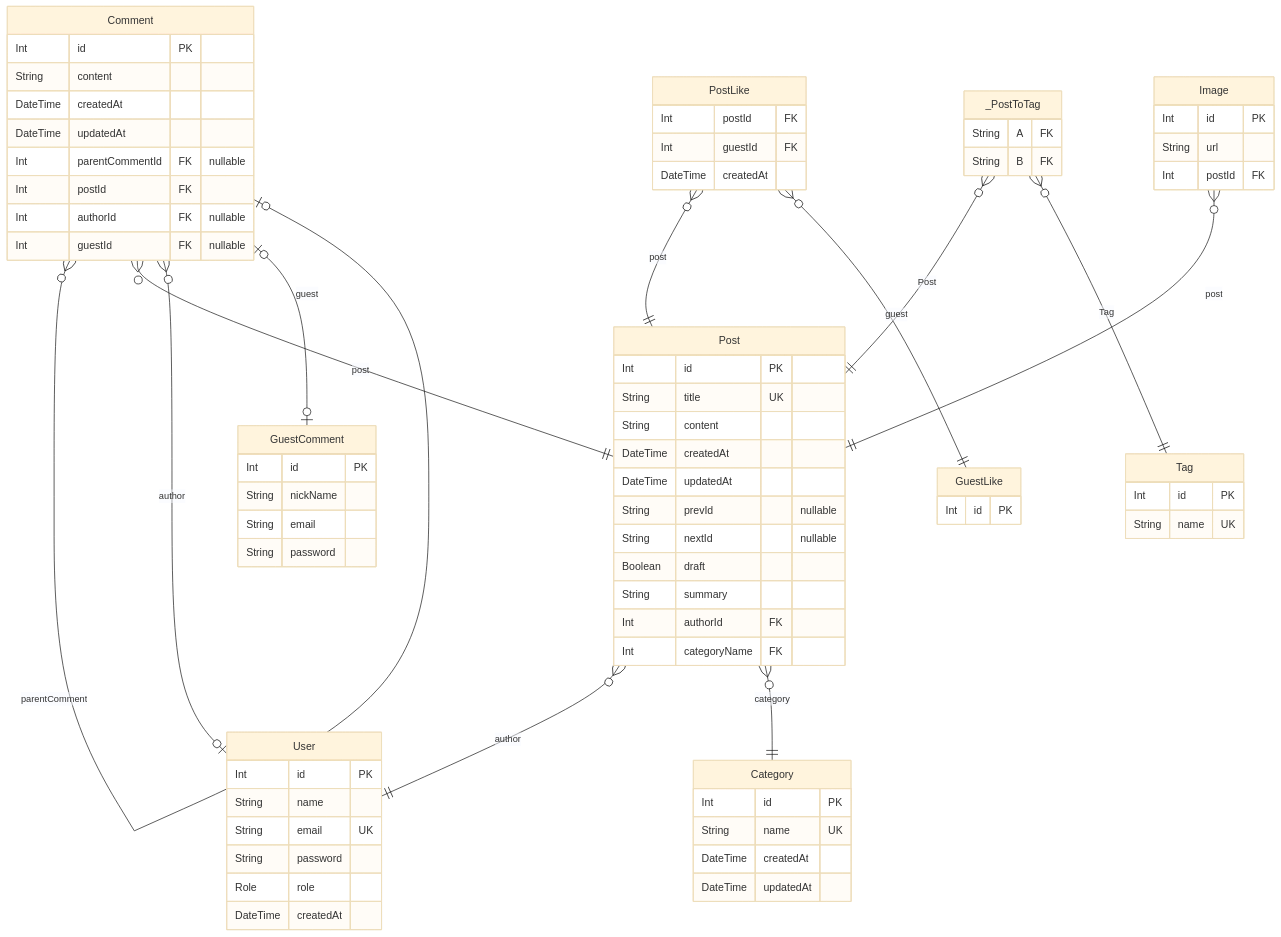
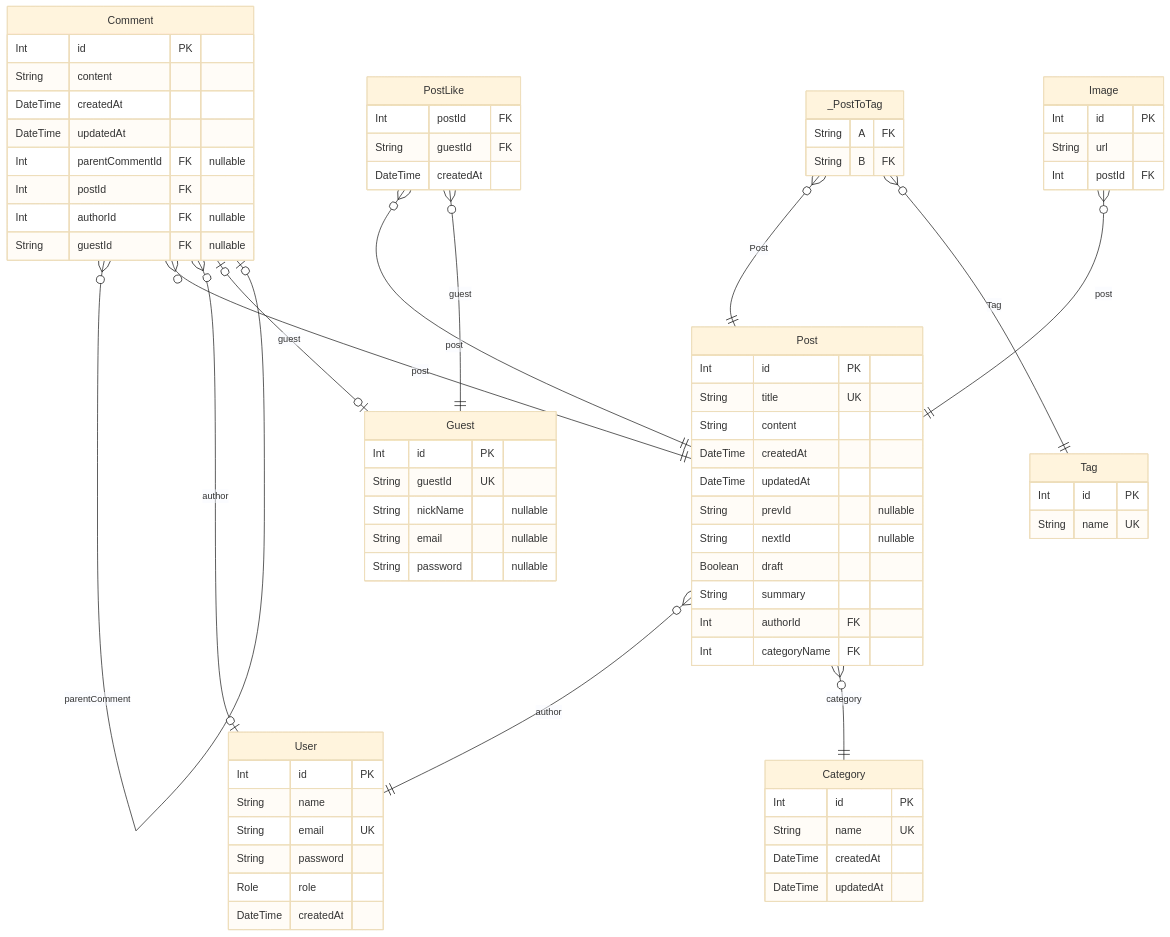
One commit to JongDeug/blog-backend changed the diagram in prisma/schema/ERD.md. Above: the diagram before and after it, drawn with Mermaid (base theme). The commit also changed other lines of this file and 10 other files, not shown here.

````diff
--- a/prisma/schema/ERD.md
+++ b/prisma/schema/ERD.md
@@ -7,78 +7,76 @@
 ```mermaid
 erDiagram
-"GuestComment" {
+"Guest" {
   Int id PK
-  String nickName
-  String email
-  String password
-}
-"GuestLike" {
-  Int id PK
+  String guestId UK
+  String nickName "nullable"
+  String email "nullable"
+  String password "nullable"
 }
 "Category" {
   Int id PK
   String name UK
   DateTime createdAt
   DateTime updatedAt
 }
 "Comment" {
   Int id PK
   String content
   DateTime createdAt
   DateTime updatedAt
   Int parentCommentId FK "nullable"
   Int postId FK
   Int authorId FK "nullable"
-  Int guestId FK "nullable"
+  String guestId FK "nullable"
 }
 "Image" {
   Int id PK
   String url
   Int postId FK
 }
 "PostLike" {
   Int postId FK
-  Int guestId FK
+  String guestId FK
   DateTime createdAt
 }
 "Post" {
   Int id PK
   String title UK
   String content
   DateTime createdAt
   DateTime updatedAt
   String prevId "nullable"
   String nextId "nullable"
   Boolean draft
   String summary
   Int authorId FK
   Int categoryName FK
 }
 "Tag" {
   Int id PK
   String name UK
 }
 "User" {
   Int id PK
   String name
   String email UK
   String password
   Role role
   DateTime createdAt
 }
 "_PostToTag" {
   String A FK
   String B FK
 }
 "Comment" }o--o| "Comment" : parentComment
 "Comment" }o--|| "Post" : post
 "Comment" }o--o| "User" : author
-"Comment" |o--o| "GuestComment" : guest
+"Comment" |o--o| "Guest" : guest
 "Image" }o--|| "Post" : post
 "PostLike" }o--|| "Post" : post
-"PostLike" }o--|| "GuestLike" : guest
+"PostLike" }o--|| "Guest" : guest
 "Post" }o--|| "User" : author
 "Post" }o--|| "Category" : category
 "_PostToTag" }o--|| "Post" : Post
 "_PostToTag" }o--|| "Tag" : Tag
 ```
````
